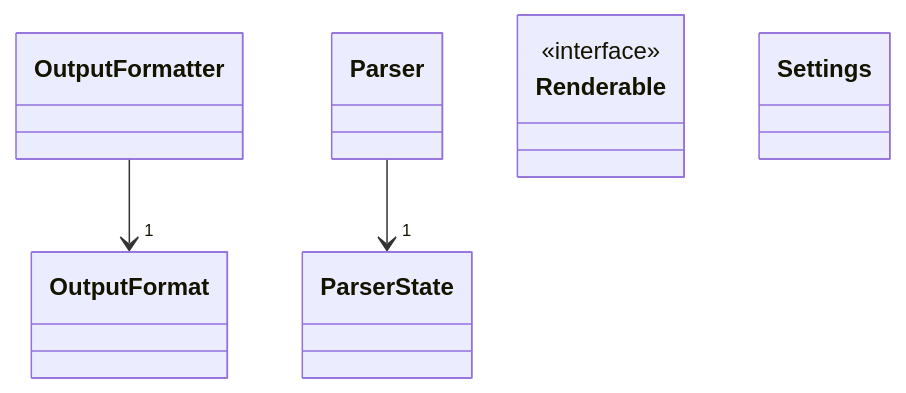
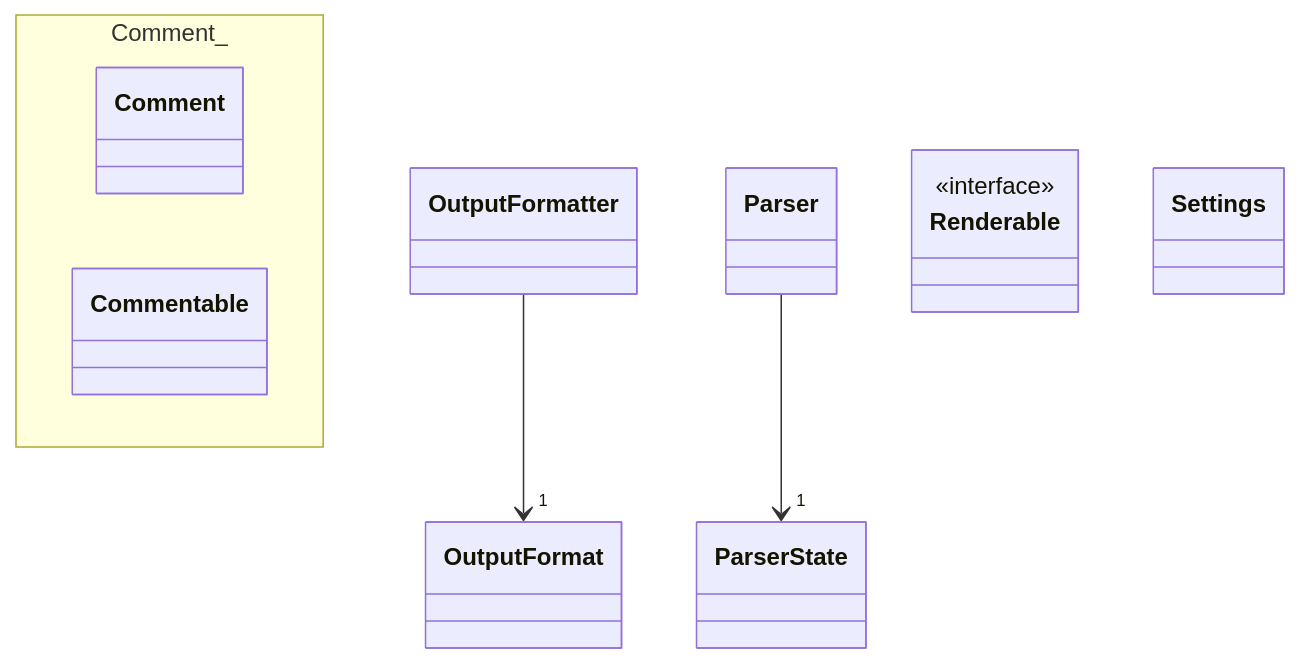
Before and after one commit to oliverklee/mermaid-test: the diagram in README.md, drawn with Mermaid.

````diff
--- a/README.md
+++ b/README.md
@@ -5,24 +5,31 @@
 ```mermaid
 classDiagram
     class OutputFormat {
     }
    
     class OutputFormatter {
     }
     
     OutputFormatter --> "1" OutputFormat
     class Parser {
     }
     
     class ParserState {
     }
 
    Parser --> "1" ParserState
     
     class Renderable {
     }
     <<interface>> Renderable
     
     class Settings {
     }
+
+    namespace Comment_ {
+        class Comment {
+        }
+        class Commentable {
+        }
+    }
 ```
````
